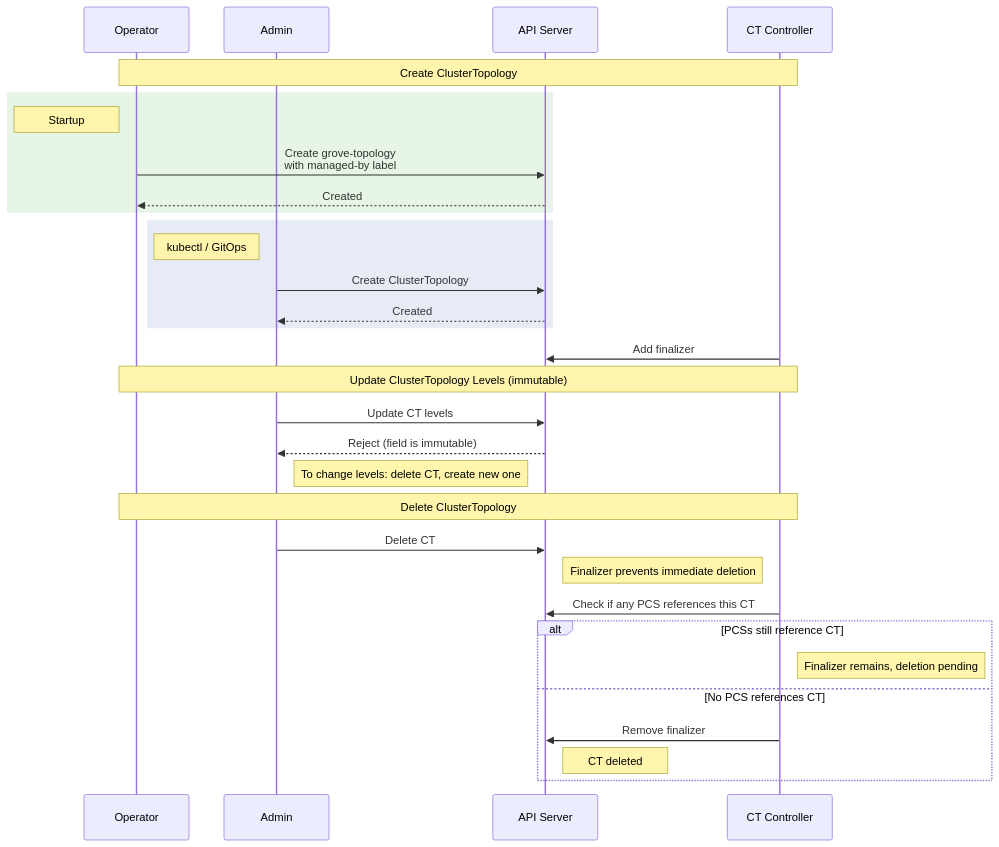
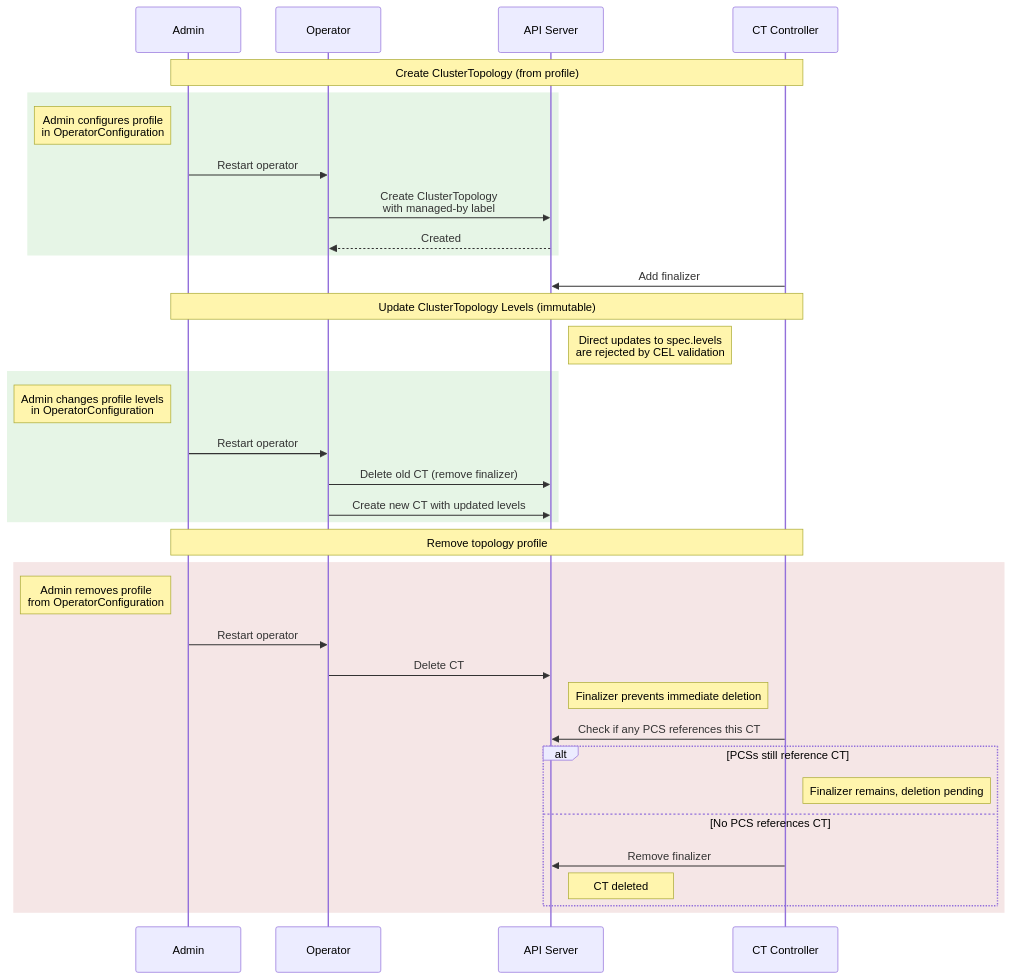
One commit to ai-dynamo/grove changed the diagram in docs/proposals/244-topology-aware-scheduling/README.md. Above: the diagram before and after it, drawn with Mermaid. The commit also changed other lines of this file, not shown here.

First line of the commit message:
make all ClusterTopologies fully operator-managed from profiles

````diff
--- a/docs/proposals/244-topology-aware-scheduling/README.md
+++ b/docs/proposals/244-topology-aware-scheduling/README.md
@@ -580,41 +582,44 @@
 ```mermaid
 sequenceDiagram
+    participant Admin
     participant Op as Operator
-    participant Admin
     participant API as API Server
     participant CTC as CT Controller
 
-    Note over Op, CTC: Create ClusterTopology
+    Note over Admin, CTC: Create ClusterTopology (from profile)
 
     rect rgb(230, 245, 230)
-        Note left of Op: Startup
-        Op->>API: Create grove-topology<br/>with managed-by label
+        Note left of Admin: Admin configures profile<br/>in OperatorConfiguration
+        Admin->>Op: Restart operator
+        Op->>API: Create ClusterTopology<br/>with managed-by label
         API-->>Op: Created
-    end
-
-    rect rgb(230, 235, 245)
-        Note left of Admin: kubectl / GitOps
-        Admin->>API: Create ClusterTopology
-        API-->>Admin: Created
     end
 
     CTC->>API: Add finalizer
 
-    Note over Op, CTC: Update ClusterTopology Levels (immutable)
+    Note over Admin, CTC: Update ClusterTopology Levels (immutable)
 
-    Admin->>API: Update CT levels
-    API-->>Admin: Reject (field is immutable)
-    Note right of Admin: To change levels: delete CT, create new one
+    Note right of API: Direct updates to spec.levels<br/>are rejected by CEL validation
+    rect rgb(230, 245, 230)
+        Note left of Admin: Admin changes profile levels<br/>in OperatorConfiguration
+        Admin->>Op: Restart operator
+        Op->>API: Delete old CT (remove finalizer)
+        Op->>API: Create new CT with updated levels
+    end
 
-    Note over Op, CTC: Delete ClusterTopology
+    Note over Admin, CTC: Remove topology profile
 
-    Admin->>API: Delete CT
-    Note right of API: Finalizer prevents immediate deletion
-    CTC->>API: Check if any PCS references this CT
-    alt PCSs still reference CT
-        Note right of CTC: Finalizer remains, deletion pending
-    else No PCS references CT
-        CTC->>API: Remove finalizer
-        Note right of API: CT deleted
+    rect rgb(245, 230, 230)
+        Note left of Admin: Admin removes profile<br/>from OperatorConfiguration
+        Admin->>Op: Restart operator
+        Op->>API: Delete CT
+        Note right of API: Finalizer prevents immediate deletion
+        CTC->>API: Check if any PCS references this CT
+        alt PCSs still reference CT
+            Note right of CTC: Finalizer remains, deletion pending
+        else No PCS references CT
+            CTC->>API: Remove finalizer
+            Note right of API: CT deleted
+        end
     end
 ```
````
